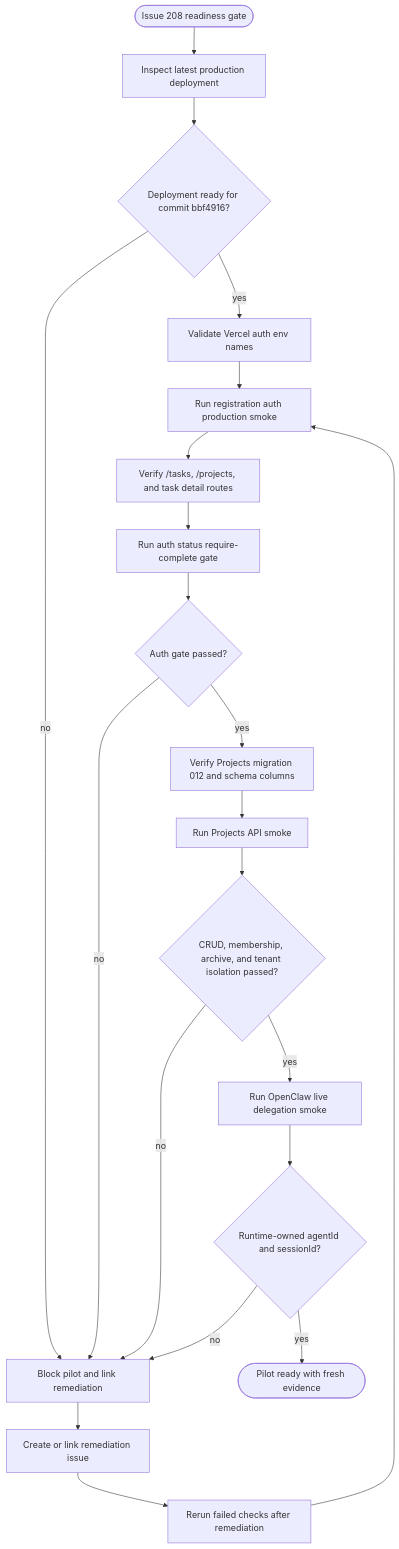
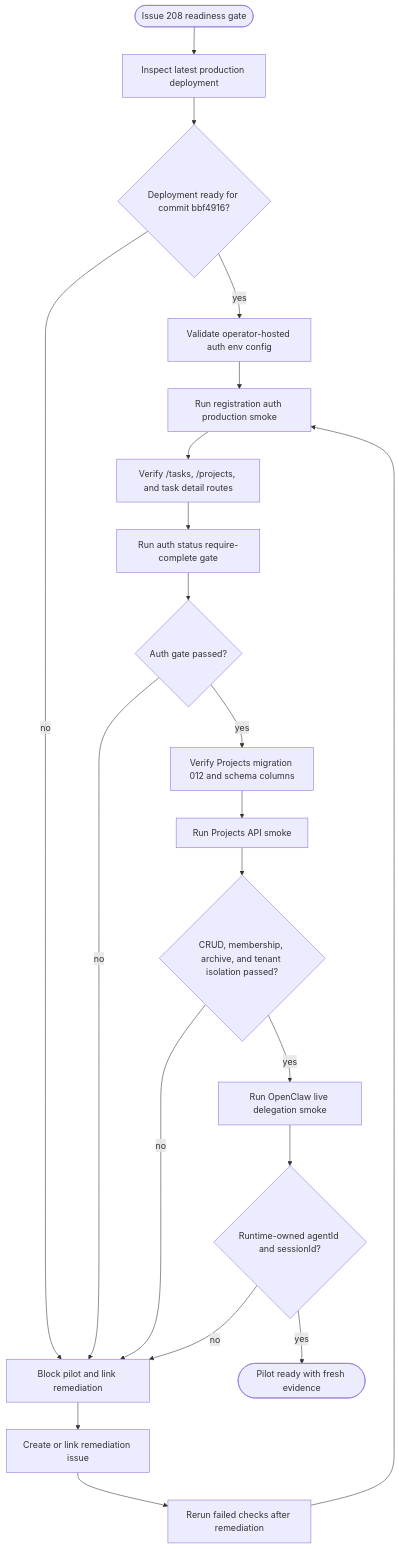
One commit to wiinc1/engineering-team changed the diagram in docs/diagrams/workflow-autonomous-pilot-production-readiness.mmd. Above: the diagram before and after it, drawn with Mermaid. The commit also changed 429 other files, not shown here.

```diff
--- a/docs/diagrams/workflow-autonomous-pilot-production-readiness.mmd
+++ b/docs/diagrams/workflow-autonomous-pilot-production-readiness.mmd
@@ -1,25 +1,25 @@
 flowchart TD
   start([Issue 208 readiness gate]) --> deploy[Inspect latest production deployment]
   deploy --> deployReady{Deployment ready for commit bbf4916?}
-  deployReady -->|yes| authConfig[Validate Vercel auth env names]
+  deployReady -->|yes| authConfig[Validate operator-hosted auth env config]
   deployReady -->|no| blocked[Block pilot and link remediation]
 
   authConfig --> authSmoke[Run registration auth production smoke]
   authSmoke --> protectedRoutes[Verify /tasks, /projects, and task detail routes]
   protectedRoutes --> authStatus[Run auth status require-complete gate]
   authStatus --> authPass{Auth gate passed?}
   authPass -->|yes| projectsDb[Verify Projects migration 012 and schema columns]
   authPass -->|no| blocked
 
   projectsDb --> projectsSmoke[Run Projects API smoke]
   projectsSmoke --> projectChecks{CRUD, membership, archive, and tenant isolation passed?}
   projectChecks -->|yes| delegation[Run OpenClaw live delegation smoke]
   projectChecks -->|no| blocked
 
   delegation --> delegationPass{Runtime-owned agentId and sessionId?}
   delegationPass -->|yes| ready([Pilot ready with fresh evidence])
   delegationPass -->|no| blocked
 
   blocked --> followup[Create or link remediation issue]
   followup --> rerun[Rerun failed checks after remediation]
   rerun --> authSmoke
```
